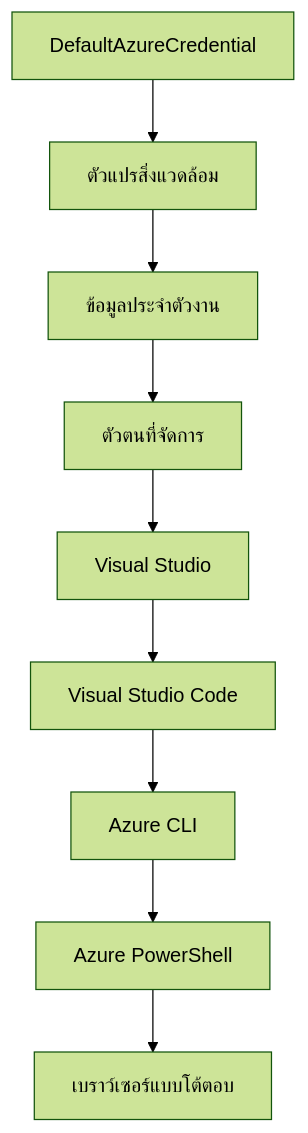
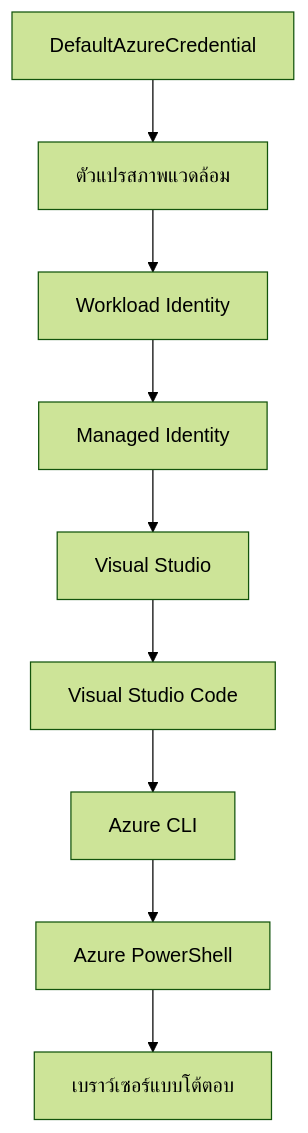
One commit to microsoft/AZD-for-beginners changed the second of 2 diagrams in translations/th/docs/chapter-01-foundation/azd-basics.md. Above: the diagram before and after it, drawn with Mermaid (forest theme). The commit also changed other lines of this file and 104 other files, not shown here.

````diff
--- a/translations/th/docs/chapter-01-foundation/azd-basics.md
+++ b/translations/th/docs/chapter-01-foundation/azd-basics.md
@@ -591,11 +606,11 @@
 ```mermaid
 graph TD
-    A[DefaultAzureCredential] --> B[ตัวแปรสิ่งแวดล้อม]
-    B --> C[ข้อมูลประจำตัวงาน]
-    C --> D[ตัวตนที่จัดการ]
+    A[DefaultAzureCredential] --> B[ตัวแปรสภาพแวดล้อม]
+    B --> C[Workload Identity]
+    C --> D[Managed Identity]
     D --> E[Visual Studio]
     E --> F[Visual Studio Code]
     F --> G[Azure CLI]
     G --> H[Azure PowerShell]
     H --> I[เบราว์เซอร์แบบโต้ตอบ]
 ```
````
